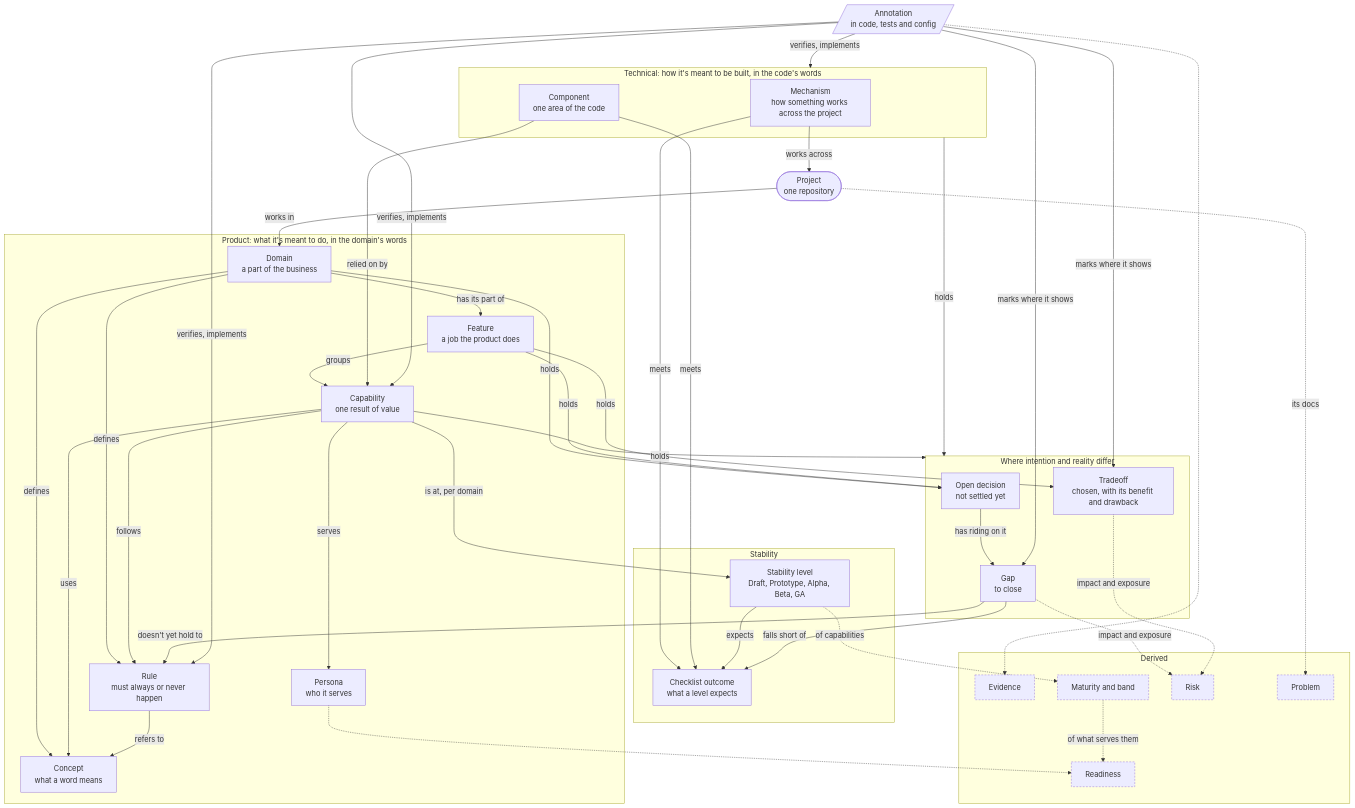
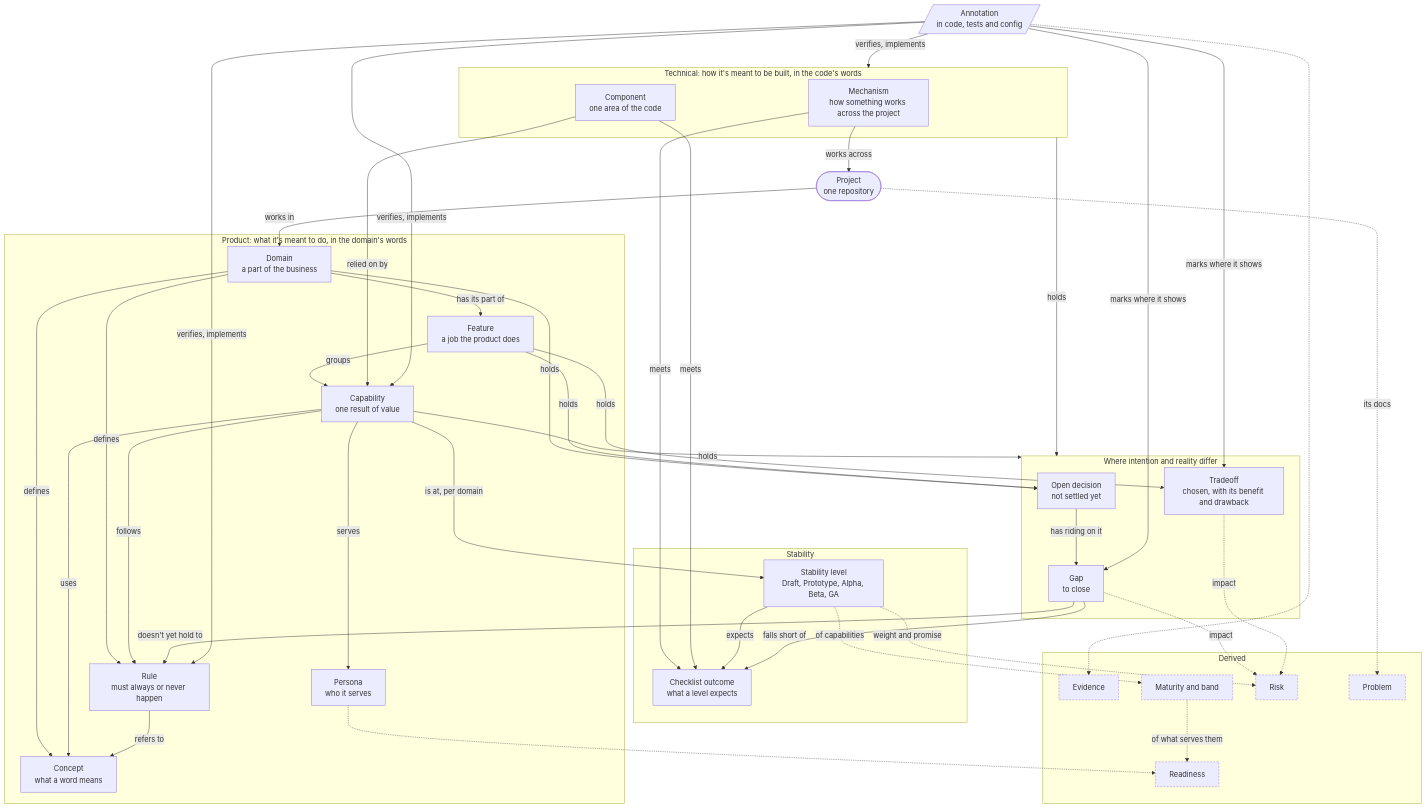
Before and after one commit to docqet/docqet: the diagram in docs/domain/overview.md, drawn with Mermaid. The commit also changed other lines of this file and 4 other files, not shown here.

First line of the commit message:
Score risk from 0 to 100, with a verdict on leaving a gap open

````diff
--- a/docs/domain/overview.md
+++ b/docs/domain/overview.md
@@ -67,77 +67,78 @@
 ```mermaid
 flowchart TB
   project(["Project<br/>one repository"])
 
   subgraph product ["Product: what it's meant to do, in the domain's words"]
     domain["Domain<br/>a part of the business"]
     feature["Feature<br/>a job the product does"]
     capability["Capability<br/>one result of value"]
     persona["Persona<br/>who it serves"]
     rule["Rule<br/>must always or never happen"]
     concept["Concept<br/>what a word means"]
   end
 
   subgraph technical ["Technical: how it's meant to be built, in the code's words"]
     mechanism["Mechanism<br/>how something works across the project"]
     component["Component<br/>one area of the code"]
   end
 
   subgraph differ ["Where intention and reality differ"]
     decision["Open decision<br/>not settled yet"]
     gap["Gap<br/>to close"]
     tradeoff["Tradeoff<br/>chosen, with its benefit and drawback"]
   end
 
   subgraph stability ["Stability"]
     level["Stability level<br/>Draft, Prototype, Alpha, Beta, GA"]
     outcome["Checklist outcome<br/>what a level expects"]
   end
 
   annotation[/"Annotation<br/>in code, tests and config"/]
 
   subgraph derived ["Derived"]
     evidence["Evidence"]
     maturity["Maturity and band"]
     readiness["Readiness"]
     risk["Risk"]
     problem["Problem"]
   end
 
   project -- "works in" --> domain
   domain -- "has its part of" --> feature
   domain -- "defines" --> rule & concept
   feature -- "groups" --> capability
   capability -- "serves" --> persona
   capability -- "follows" --> rule
   capability -- "uses" --> concept
   rule -- "refers to" --> concept
 
   component -- "relied on by" --> capability
   mechanism -- "works across" --> project
   mechanism & component -- "meets" --> outcome
 
   capability -- "is at, per domain" --> level
   level -- "expects" --> outcome
 
   domain -- "holds" --> decision
   feature -- "holds" --> decision & tradeoff
   capability -- "holds" --> differ
   technical -- "holds" --> differ
 
   gap -- "falls short of" --> outcome
   gap -- "doesn't yet hold to" --> rule
   decision -- "has riding on it" --> gap
 
   annotation -- "verifies, implements" --> rule & capability & technical
   annotation -- "marks where it shows" --> gap & tradeoff
 
   annotation -.-> evidence
   level -. "of capabilities" .-> maturity
   persona -.-> readiness
   maturity -. "of what serves them" .-> readiness
-  gap & tradeoff -. "impact and exposure" .-> risk
+  gap & tradeoff -. "impact" .-> risk
+  level -. "weight and promise" .-> risk
   project -. "its docs" .-> problem
 
   classDef derivedNode stroke-dasharray: 4 3
   class evidence,maturity,readiness,risk,problem derivedNode
 ```
````
